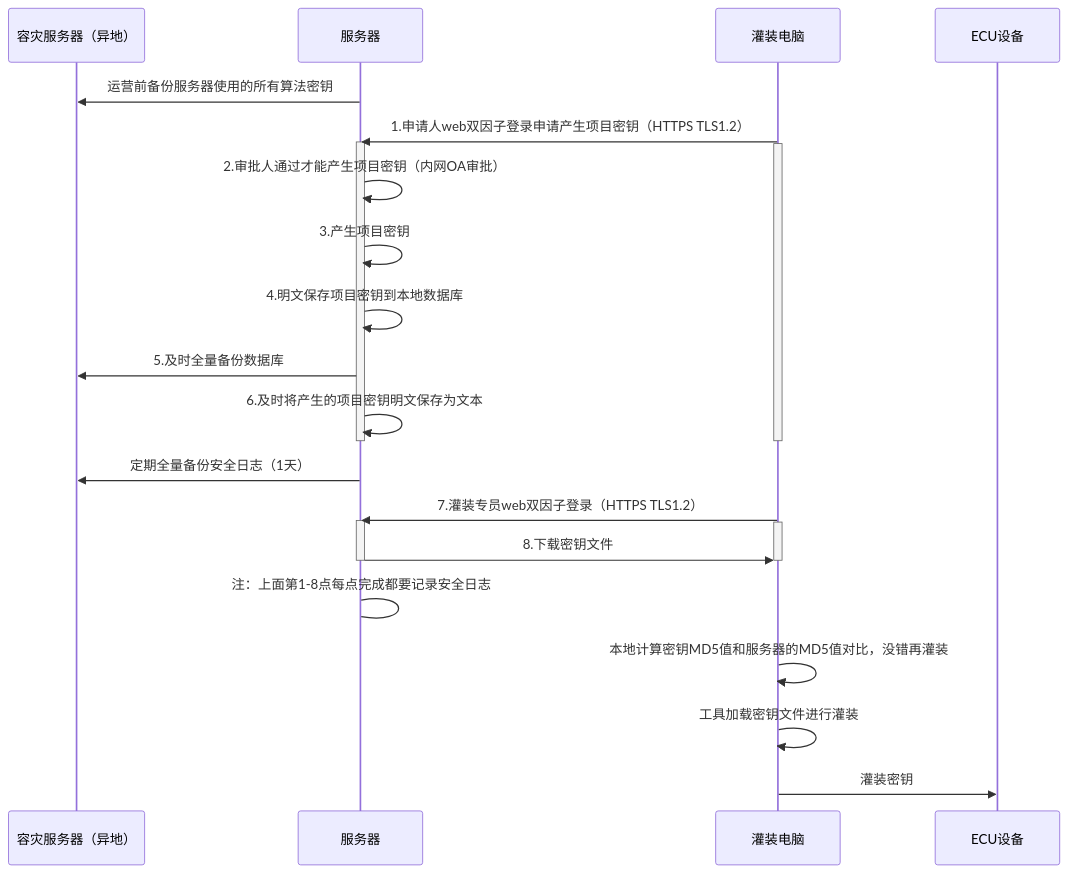
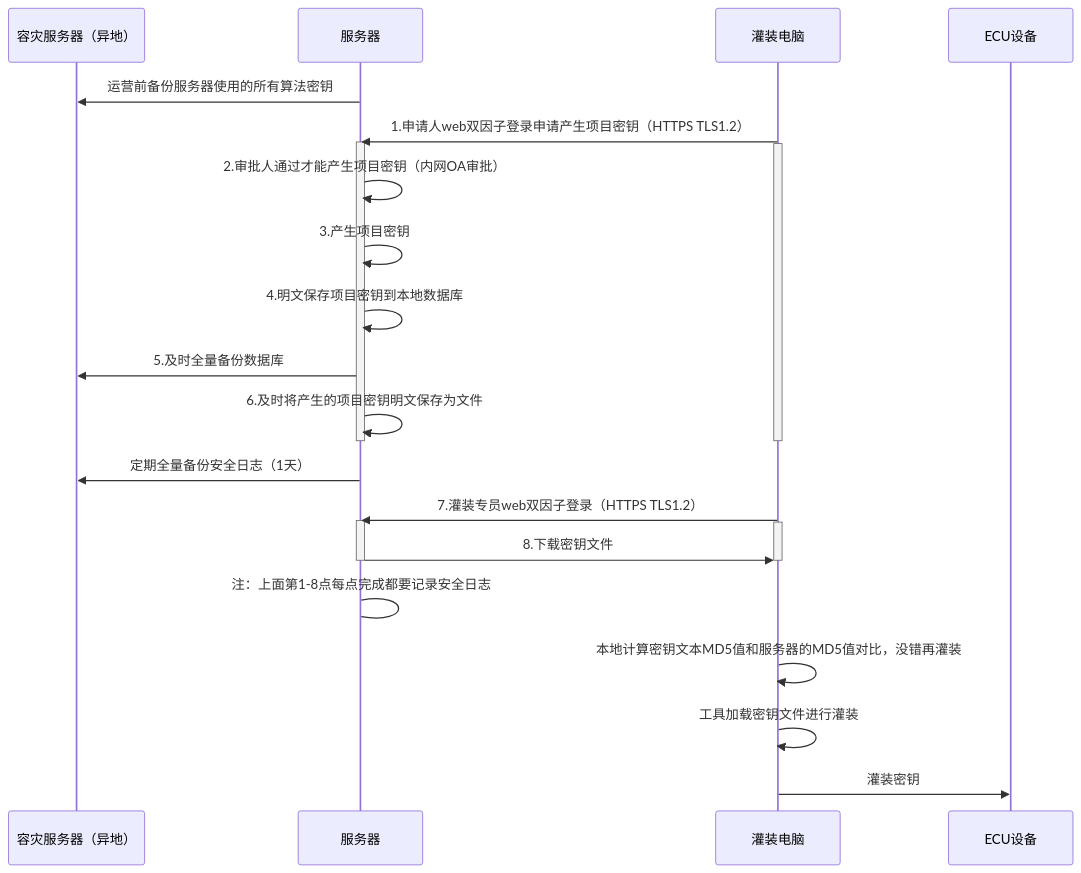
One commit to facebook-cloud/iodraw-files changed the diagram in all/未命名-17.md. Above: the diagram before and after it, drawn with Mermaid.

Commit message:
2026-03-06 10:19:58 update

````diff
--- a/all/未命名-17.md
+++ b/all/未命名-17.md
@@ -1,34 +1,34 @@
 ```mermaid
 sequenceDiagram
     participant A as 容灾服务器（异地）
     participant B as 服务器
     participant D as 灌装电脑
     participant E as ECU设备
 
     B->>A: 运营前备份服务器使用的所有算法密钥
     D->>B: 1.申请人web双因子登录申请产生项目密钥（HTTPS TLS1.2）
     activate B
     activate D
     B->>B: 2.审批人通过才能产生项目密钥（内网OA审批）
     B->>B: 3.产生项目密钥
     B->>B: 4.明文保存项目密钥到本地数据库
     B->>A: 5.及时全量备份数据库
-    B->>B: 6.及时将产生的项目密钥明文保存为文本
+    B->>B: 6.及时将产生的项目密钥明文保存为文件
     deactivate B
     deactivate D
 
     B->>A: 定期全量备份安全日志（1天）
     
     D->>B: 7.灌装专员web双因子登录（HTTPS TLS1.2）
     activate B
     activate D
     B->>D: 8.下载密钥文件
     deactivate B
     deactivate D
     B->B: 注：上面第1-8点每点完成都要记录安全日志
 
-    D->>D:本地计算密钥MD5值和服务器的MD5值对比，没错再灌装
+    D->>D:本地计算密钥文本MD5值和服务器的MD5值对比，没错再灌装
     D->>D:工具加载密钥文件进行灌装
     
     D->>E: 灌装密钥
 ```
````
